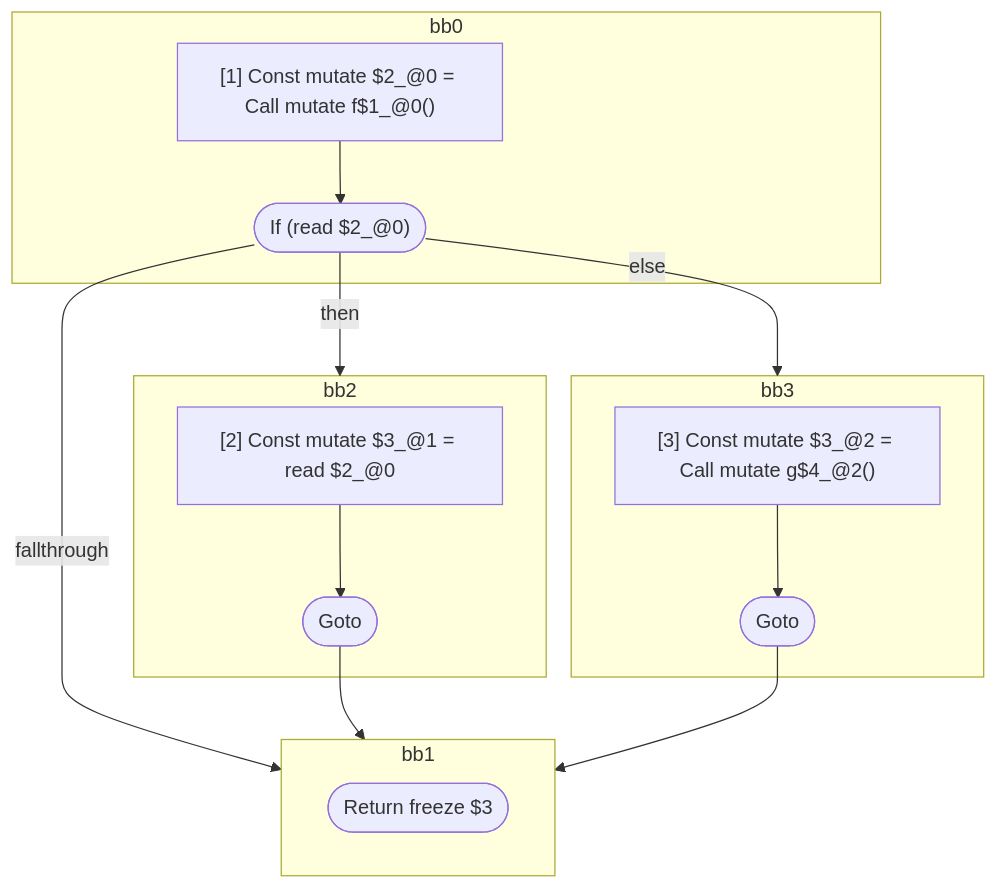
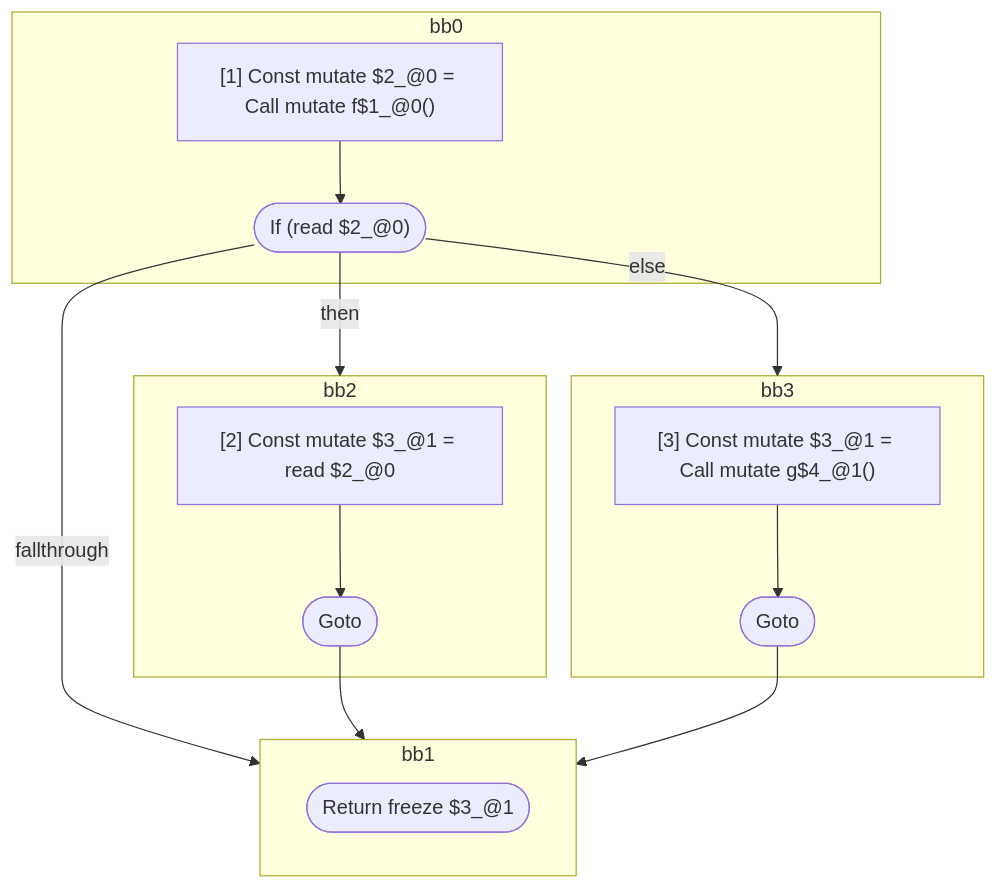
The second of 5 diagrams in compiler/forget/src/__tests__/fixtures/hir/logical-expression.expect.md (wutsmog/private), drawn with Mermaid before and after one commit. The commit also changed other lines of this file and 18 other files, not shown here.

````diff
--- a/compiler/forget/src/__tests__/fixtures/hir/logical-expression.expect.md
+++ b/compiler/forget/src/__tests__/fixtures/hir/logical-expression.expect.md
@@ -109,33 +109,33 @@
 ```mermaid
 flowchart TB
   %% Basic Blocks
   subgraph bb0
     bb0_instrs["
       [1] Const mutate $2_@0 = Call mutate f$1_@0()
     "]
     bb0_instrs --> bb0_terminal(["If (read $2_@0)"])
   end
   subgraph bb2
     bb2_instrs["
       [2] Const mutate $3_@1 = read $2_@0
     "]
     bb2_instrs --> bb2_terminal(["Goto"])
   end
   subgraph bb3
     bb3_instrs["
-      [3] Const mutate $3_@2 = Call mutate g$4_@2()
+      [3] Const mutate $3_@1 = Call mutate g$4_@1()
     "]
     bb3_instrs --> bb3_terminal(["Goto"])
   end
   subgraph bb1
-    bb1_terminal(["Return freeze $3"])
+    bb1_terminal(["Return freeze $3_@1"])
   end
 
   %% Jumps
   bb0_terminal -- then --> bb2
   bb0_terminal -- else --> bb3
   bb0_terminal -- fallthrough --> bb1
   bb2_terminal --> bb1
   bb3_terminal --> bb1
 
 ```
````
